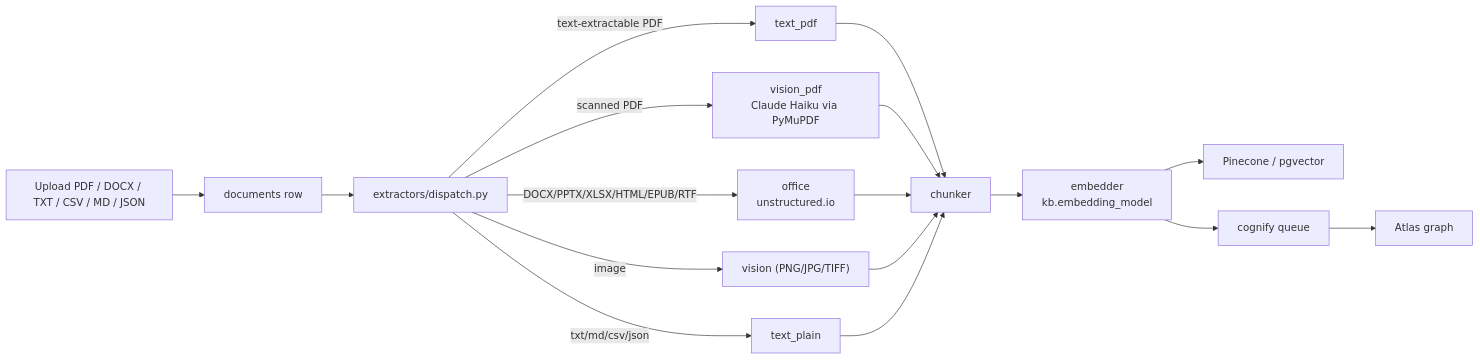
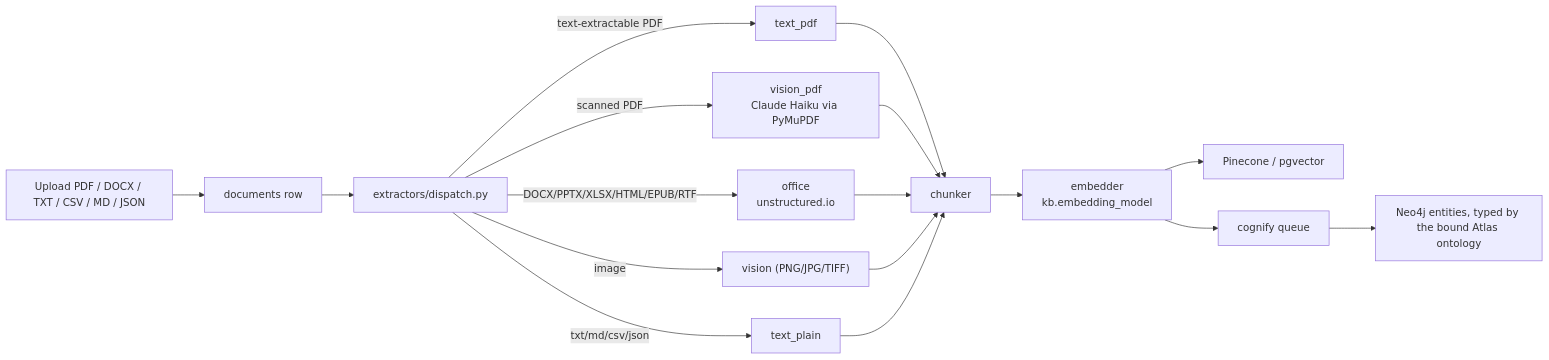
Before and after one commit to sarkar4777/abenix: the second of 2 diagrams in ARCHITECTURE.md, drawn with Mermaid. The commit also changed other lines of this file and 223 other files, not shown here.

````diff
--- a/ARCHITECTURE.md
+++ b/ARCHITECTURE.md
@@ -127,19 +127,19 @@
 ```mermaid
 flowchart LR
   U["Upload PDF / DOCX / TXT / CSV / MD / JSON"] --> D["documents row"]
   D --> EX["extractors/dispatch.py"]
   EX -->|text-extractable PDF| T["text_pdf"]
   EX -->|scanned PDF| V["vision_pdf<br/>Claude Haiku via PyMuPDF"]
   EX -->|DOCX/PPTX/XLSX/HTML/EPUB/RTF| O["office<br/>unstructured.io"]
   EX -->|image| I["vision (PNG/JPG/TIFF)"]
   EX -->|txt/md/csv/json| TX["text_plain"]
   T --> C["chunker"]
   V --> C
   O --> C
   I --> C
   TX --> C
   C --> EM["embedder<br/>kb.embedding_model"]
   EM --> P["Pinecone / pgvector"]
   EM --> CG["cognify queue"]
-  CG --> AT["Atlas graph"]
+  CG --> N4["Neo4j entities, typed by the bound Atlas ontology"]
 ```
````
